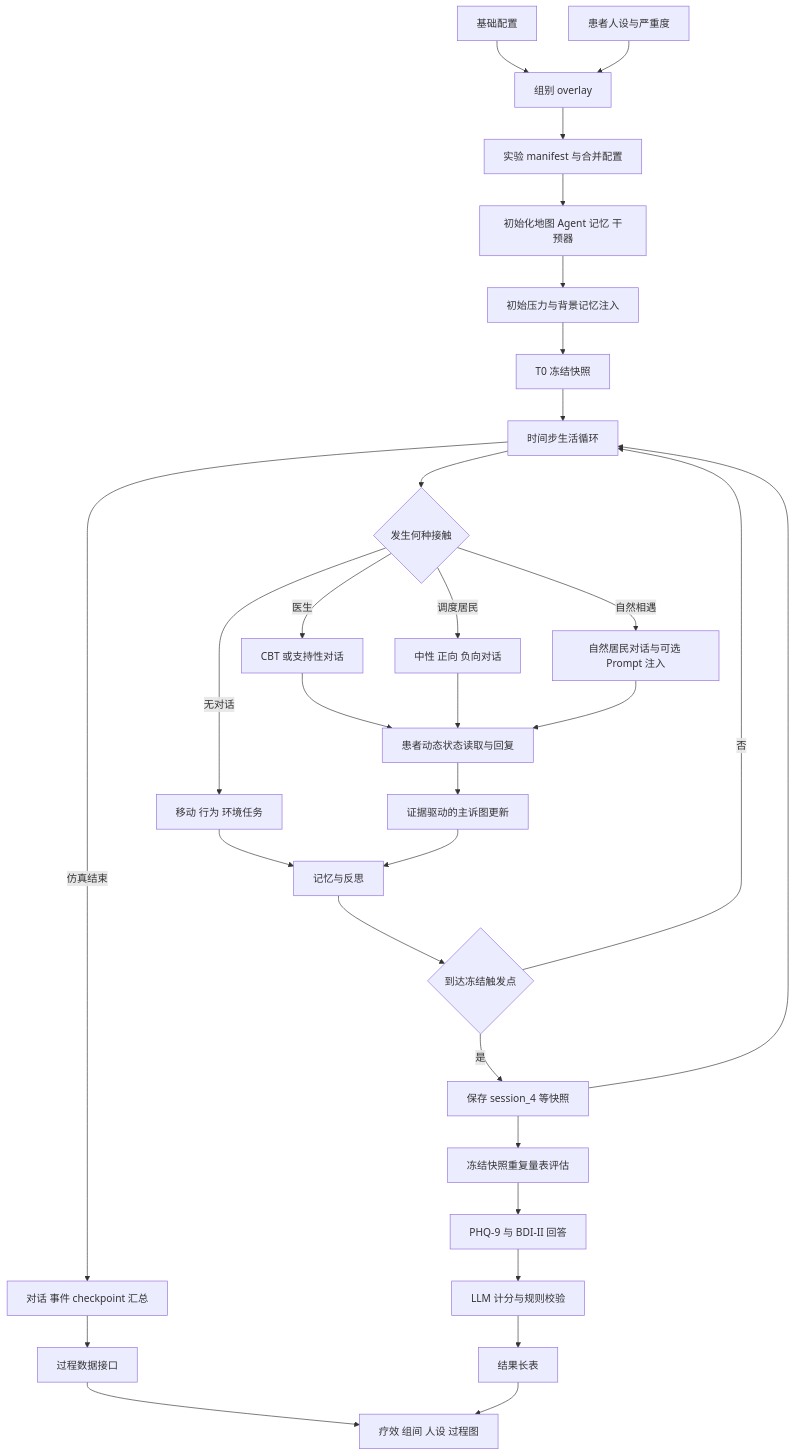
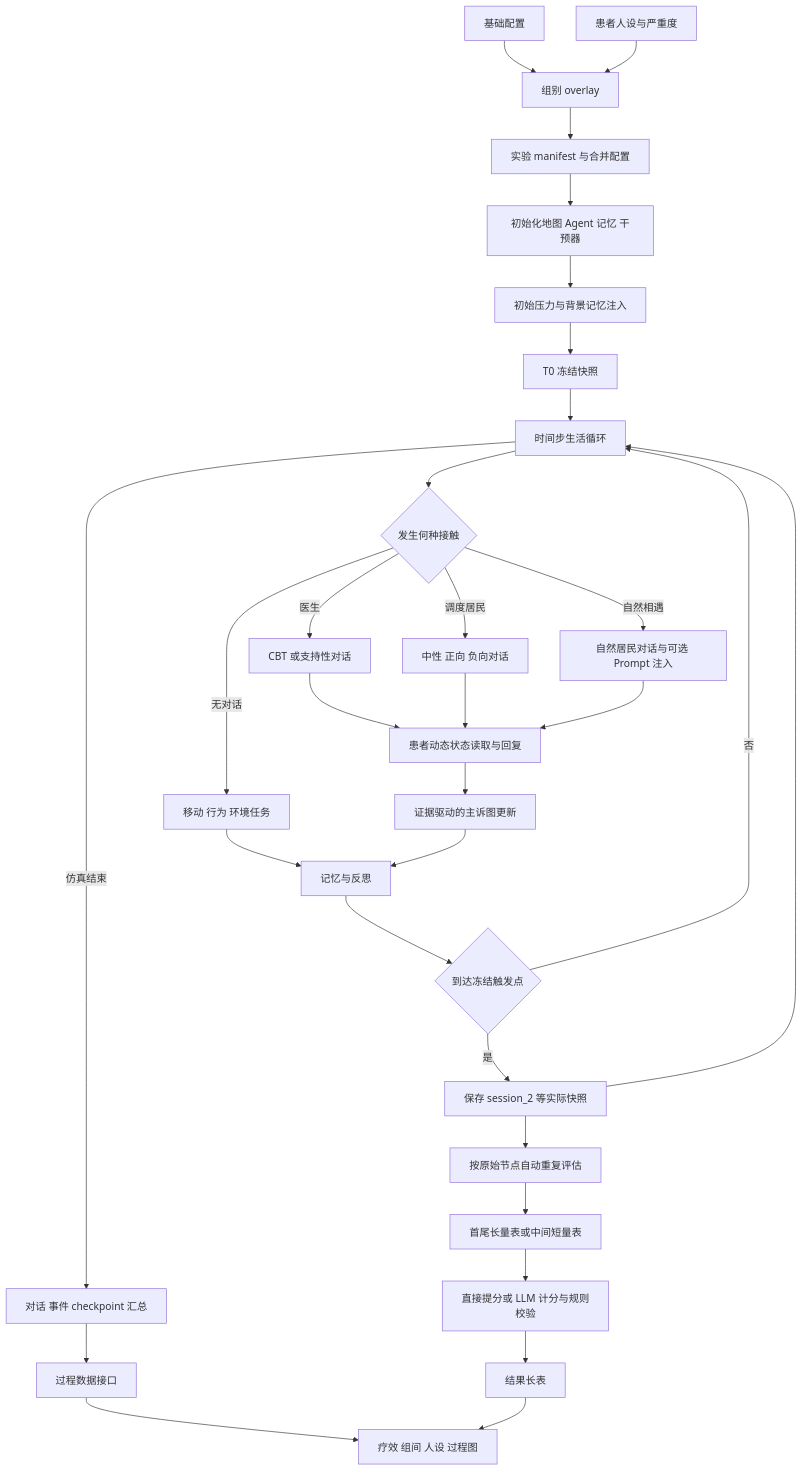
Before and after one commit to MUSE-Lab-SZU/generative_agents: the first of 2 diagrams in docs/town_method/00_overview.md, drawn with Mermaid. The commit also changed other lines of this file and 77 other files, not shown here.

````diff
--- a/docs/town_method/00_overview.md
+++ b/docs/town_method/00_overview.md
@@ -44,33 +44,33 @@
 ```mermaid
 flowchart TD
     A[基础配置] --> B[组别 overlay]
     P[患者人设与严重度] --> B
     B --> C[实验 manifest 与合并配置]
     C --> D[初始化地图 Agent 记忆 干预器]
     D --> E[初始压力与背景记忆注入]
     E --> F[T0 冻结快照]
     F --> G[时间步生活循环]
     G --> H{发生何种接触}
     H -->|医生| I[CBT 或支持性对话]
     H -->|调度居民| J[中性 正向 负向对话]
     H -->|自然相遇| K[自然居民对话与可选 Prompt 注入]
     H -->|无对话| L[移动 行为 环境任务]
     I --> M[患者动态状态读取与回复]
     J --> M
     K --> M
     M --> N[证据驱动的主诉图更新]
     L --> O[记忆与反思]
     N --> O
     O --> Q{到达冻结触发点}
     Q -->|否| G
-    Q -->|是| R[保存 session_4 等快照]
+    Q -->|是| R[保存 session_2 等实际快照]
     R --> G
     G -->|仿真结束| S[对话 事件 checkpoint 汇总]
-    R --> T[冻结快照重复量表评估]
-    T --> U[PHQ-9 与 BDI-II 回答]
-    U --> V[LLM 计分与规则校验]
+    R --> T[按原始节点自动重复评估]
+    T --> U[首尾长量表或中间短量表]
+    U --> V[直接提分或 LLM 计分与规则校验]
     S --> W[过程数据接口]
     V --> X[结果长表]
     W --> Y[疗效 组间 人设 过程图]
     X --> Y
 ```
````
